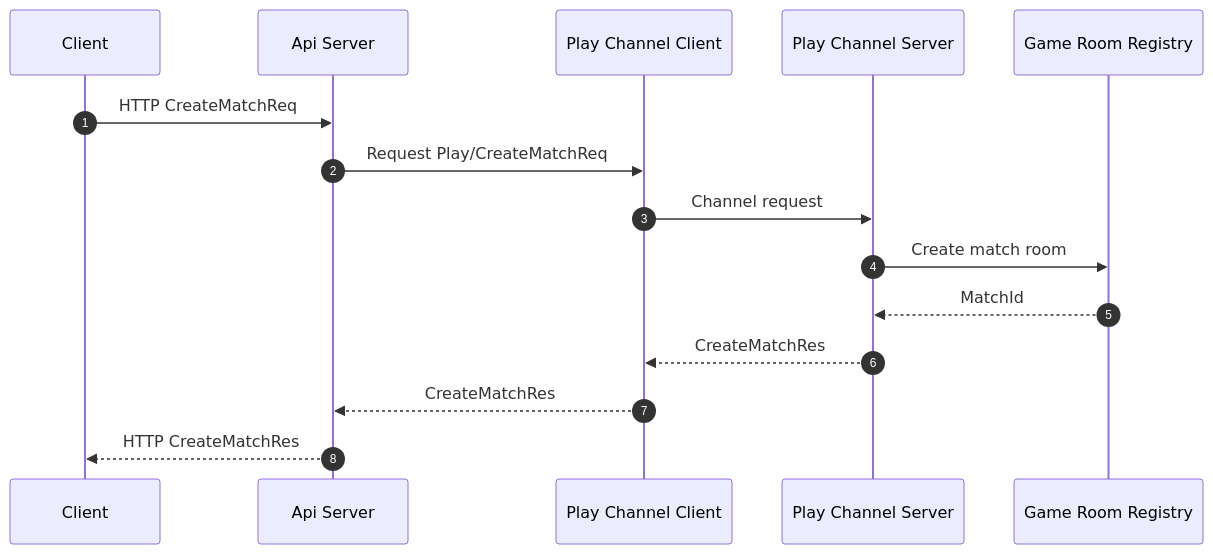
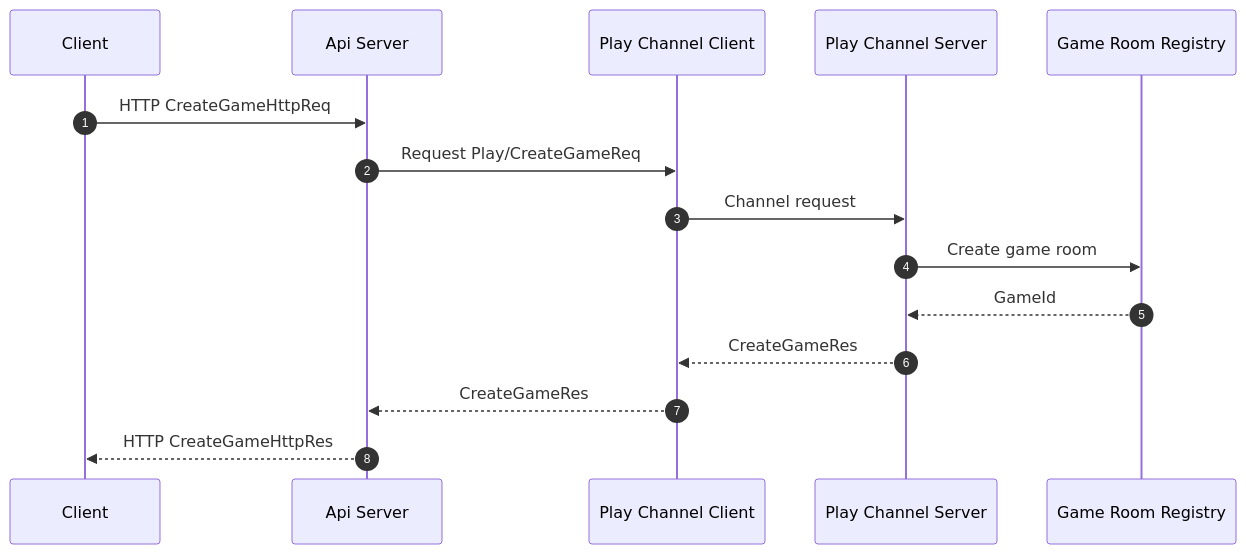
Before and after one commit to kairos-code-dev/zlink: the second of 4 diagrams in framework/doc/spec/sample/tictactoe/direct.ko.md, drawn with Mermaid. The commit also changed other lines of this file and 160 other files, not shown here.

````diff
--- a/framework/doc/spec/sample/tictactoe/direct.ko.md
+++ b/framework/doc/spec/sample/tictactoe/direct.ko.md
@@ -151,18 +145,18 @@
 ```mermaid
 sequenceDiagram
     autonumber
     participant C as Client
     participant API as Api Server
     participant PLAYC as Play Channel Client
     participant PLAYS as Play Channel Server
     participant ROOM as Game Room Registry
 
-    C->>API: HTTP CreateMatchReq
-    API->>PLAYC: Request Play/CreateMatchReq
+    C->>API: HTTP CreateGameHttpReq
+    API->>PLAYC: Request Play/CreateGameReq
     PLAYC->>PLAYS: Channel request
-    PLAYS->>ROOM: Create match room
-    ROOM-->>PLAYS: MatchId
-    PLAYS-->>PLAYC: CreateMatchRes
-    PLAYC-->>API: CreateMatchRes
-    API-->>C: HTTP CreateMatchRes
+    PLAYS->>ROOM: Create game room
+    ROOM-->>PLAYS: GameId
+    PLAYS-->>PLAYC: CreateGameRes
+    PLAYC-->>API: CreateGameRes
+    API-->>C: HTTP CreateGameHttpRes
 ```
````
